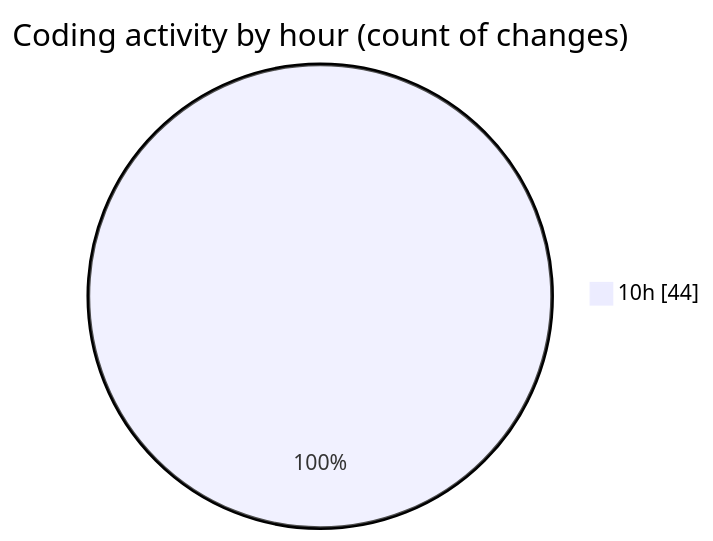
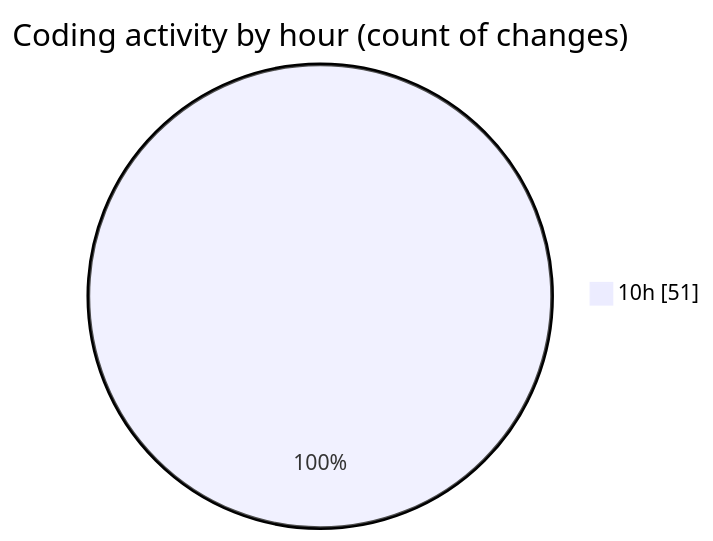
One commit to momahboobian/code-tracking changed the second of 2 diagrams in 2026-06-18/cda/README.md. Above: the diagram before and after it, drawn with Mermaid. The commit also changed other lines of this file and 1 other file, not shown here.

````diff
--- a/2026-06-18/cda/README.md
+++ b/2026-06-18/cda/README.md
@@ -61,5 +61,5 @@
 ```mermaid
 pie showData
 title Coding activity by hour (count of changes)
-"10h" : 44
+"10h" : 51
 ```
````
